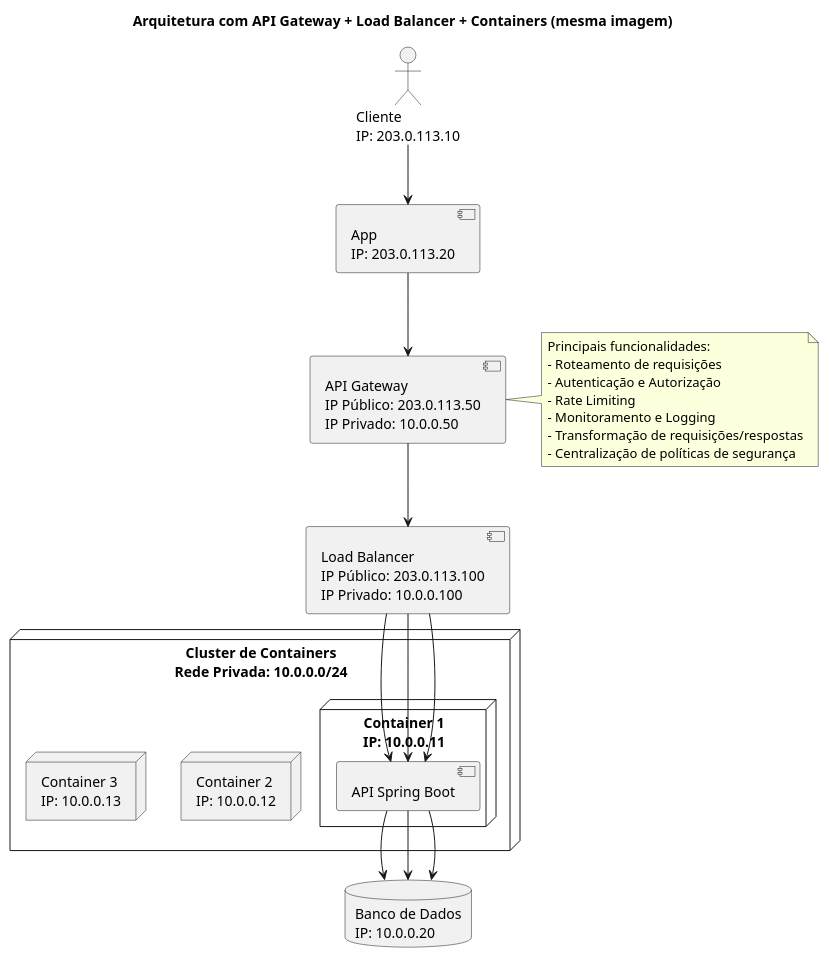
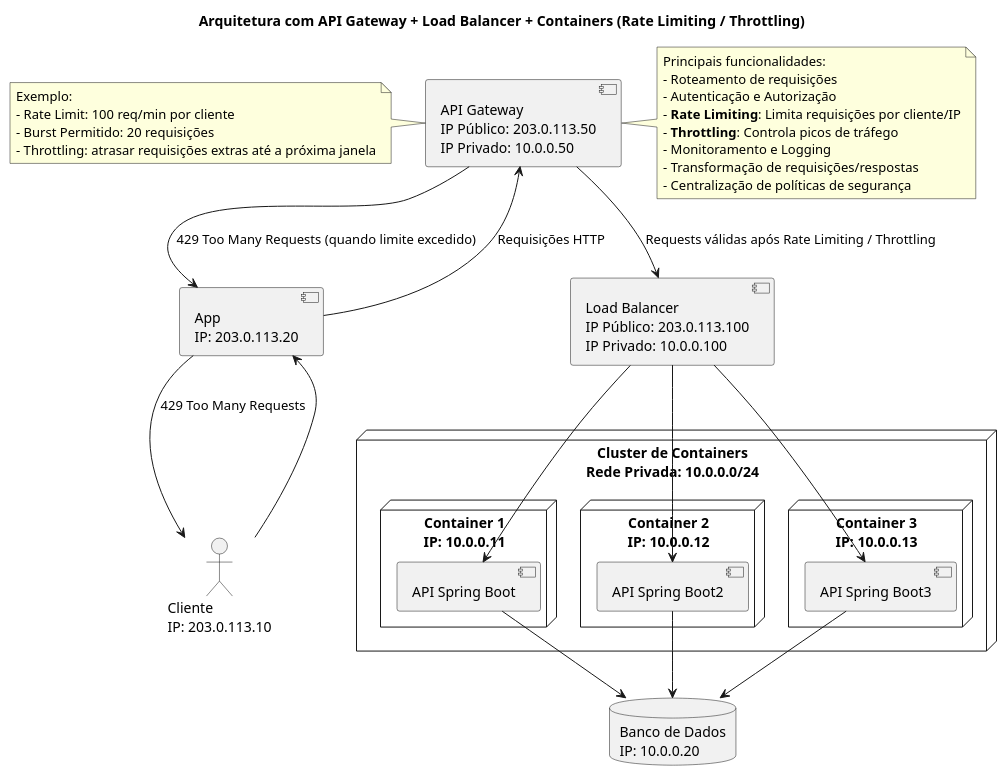
The diagram in docs/api-gateway-loadbalance.puml (acnaweb/api), drawn with PlantUML before and after one commit.

Commit message:
Enhance API Gateway architecture diagram with Rate Limiting
Updated the architecture diagram to include Rate Limiting and Throttling features, along with adjustments to component names and relationships.

```diff
--- a/docs/api-gateway-loadbalance.puml
+++ b/docs/api-gateway-loadbalance.puml
@@ -1,53 +1,65 @@
 @startuml
-title Arquitetura com API Gateway + Load Balancer + Containers (mesma imagem)
+title Arquitetura com API Gateway + Load Balancer + Containers (Rate Limiting / Throttling)
 
 actor "Cliente\nIP: 203.0.113.10" as Cliente
 
 component "App\nIP: 203.0.113.20" as App
 
 component "API Gateway\nIP Público: 203.0.113.50\nIP Privado: 10.0.0.50" as APIGW
 
 note right of APIGW
 Principais funcionalidades:
 - Roteamento de requisições
 - Autenticação e Autorização
-- Rate Limiting
+- **Rate Limiting**: Limita requisições por cliente/IP
+- **Throttling**: Controla picos de tráfego
 - Monitoramento e Logging
 - Transformação de requisições/respostas
 - Centralização de políticas de segurança
 end note
 
+' Notas ilustrativas de Rate Limiting e Throttling
+note left of APIGW
+Exemplo:
+- Rate Limit: 100 req/min por cliente
+- Burst Permitido: 20 requisições
+- Throttling: atrasar requisições extras até a próxima janela
+end note
+
 component "Load Balancer\nIP Público: 203.0.113.100\nIP Privado: 10.0.0.100" as LB
 
-node "Cluster de Containers\nRede Privada: 10.0.0.0/24" as Cluster {
-
+node "Cluster de Containers\nRede Privada: 10.0.0.0/24" {
 
   node "Container 1\nIP: 10.0.0.11" {
     component "API Spring Boot"
   }
 
   node "Container 2\nIP: 10.0.0.12" {
-    component "API Spring Boot"
+    component "API Spring Boot2"
   }
 
   node "Container 3\nIP: 10.0.0.13" {
-    component "API Spring Boot"
+    component "API Spring Boot3"
   }
 
 }
 
 database "Banco de Dados\nIP: 10.0.0.20" as DB
 
 Cliente --> App
-App --> APIGW
-APIGW --> LB
+App --> APIGW : Requisições HTTP
+APIGW --> LB : Requests válidas após Rate Limiting / Throttling
 
 LB --> "API Spring Boot"
-LB --> "API Spring Boot"
-LB --> "API Spring Boot"
+LB --> "API Spring Boot2"
+LB --> "API Spring Boot3"
 
 "API Spring Boot" --> DB
-"API Spring Boot" --> DB
-"API Spring Boot" --> DB
+"API Spring Boot2" --> DB
+"API Spring Boot3" --> DB
+
+' Exemplo de retorno de requisições bloqueadas por Rate Limiting
+APIGW --> App : 429 Too Many Requests (quando limite excedido)
+App --> Cliente : 429 Too Many Requests
 
 @enduml
```
